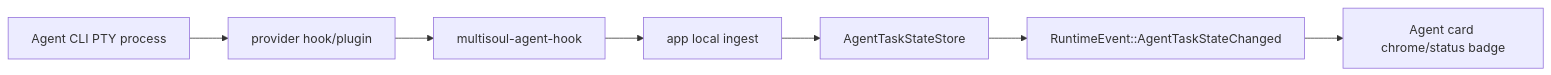
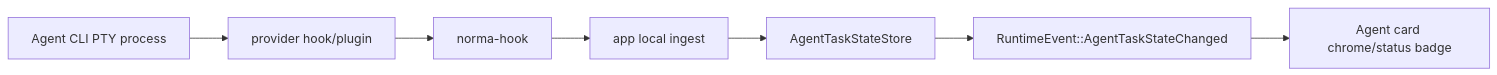
The diagram in docs/references/card-runtime-events.md (multisoul-ai/Norma-AI-OS), drawn with Mermaid before and after one commit. The commit also changed other lines of this file and 116 other files, not shown here.

First line of the commit message:
refactor(hook): multisoul-agent-hook 统一改名为 norma-hook

````diff
--- a/docs/references/card-runtime-events.md
+++ b/docs/references/card-runtime-events.md
@@ -190,9 +190,9 @@
 ```mermaid
 flowchart LR
   Agent["Agent CLI PTY process"] --> Hook["provider hook/plugin"]
-  Hook --> Bridge["multisoul-agent-hook"]
+  Hook --> Bridge["norma-hook"]
   Bridge --> Ingest["app local ingest"]
   Ingest --> Store["AgentTaskStateStore"]
   Store --> Events["RuntimeEvent::AgentTaskStateChanged"]
   Events --> UI["Agent card chrome/status badge"]
 ```
````
